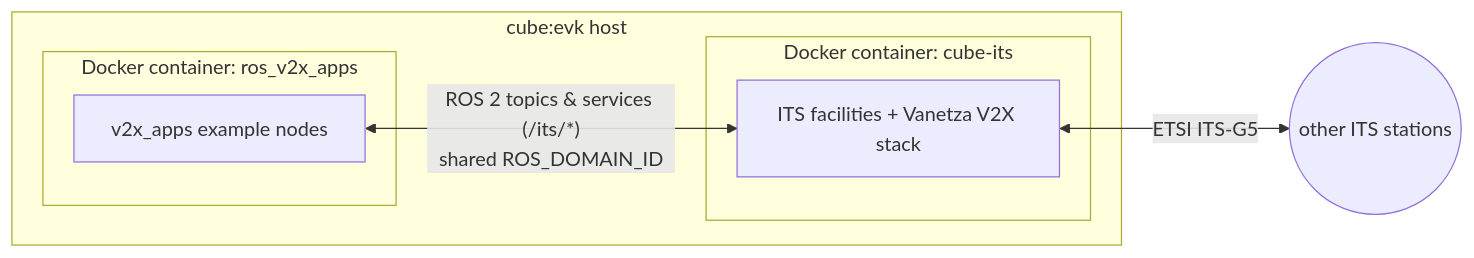
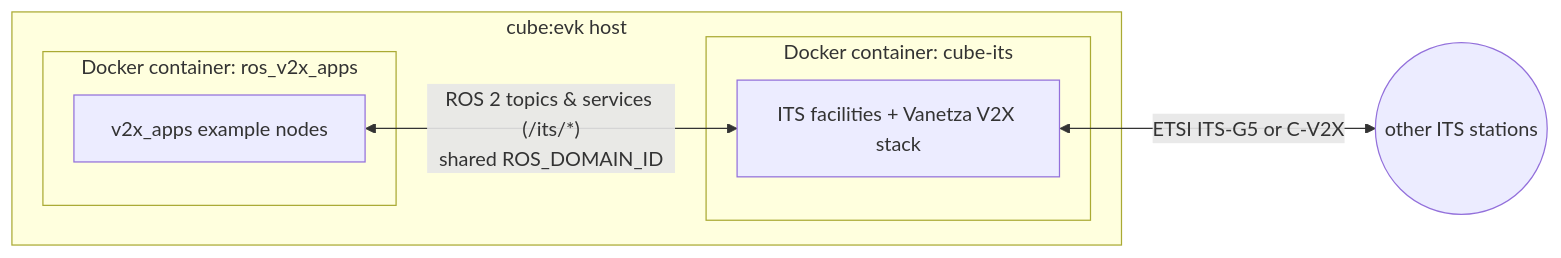
One commit to cubesys-GmbH/ros_v2x_apps changed the diagram in README.md. Above: the diagram before and after it, drawn with Mermaid. The commit also changed other lines of this file, not shown here.

````diff
--- a/README.md
+++ b/README.md
@@ -11,13 +7,13 @@
 ```mermaid
 flowchart LR
     subgraph evk["cube:evk host"]
         subgraph d2["Docker container: ros_v2x_apps"]
             apps["v2x_apps example nodes"]
         end
         subgraph d1["Docker container: cube-its"]
             cits["ITS facilities + Vanetza V2X stack"]
         end
         apps <-->|"ROS 2 topics & services (/its/*)<br/>shared ROS_DOMAIN_ID"| cits
     end
-    cits <-->|"ETSI ITS-G5"| ext(("other ITS stations"))
+    cits <-->|"ETSI ITS-G5 or C-V2X"| ext(("other ITS stations"))
 ```
````
